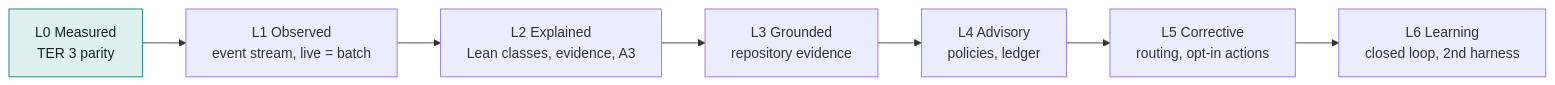
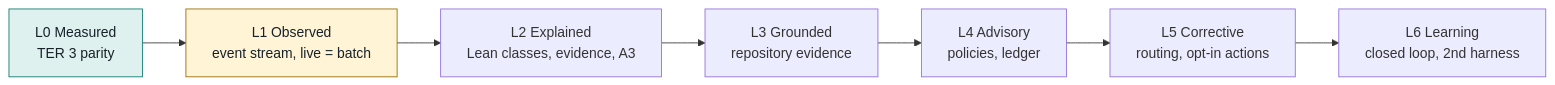
One commit to cplegendre/TER changed the third of 3 diagrams in docs/ter4/architecture.md. Above: the diagram before and after it, drawn with Mermaid. The commit also changed other lines of this file and 58 other files, not shown here.

````diff
--- a/docs/ter4/architecture.md
+++ b/docs/ter4/architecture.md
@@ -112,10 +117,11 @@
 ```mermaid
 flowchart LR
-    L0["L0 Measured<br/>TER 3 parity"]:::now --> L1["L1 Observed<br/>event stream, live = batch"]
+    L0["L0 Measured<br/>TER 3 parity"]:::done --> L1["L1 Observed<br/>event stream, live = batch"]:::now
     L1 --> L2["L2 Explained<br/>Lean classes, evidence, A3"]
     L2 --> L3["L3 Grounded<br/>repository evidence"]
     L3 --> L4["L4 Advisory<br/>policies, ledger"]
     L4 --> L5["L5 Corrective<br/>routing, opt-in actions"]
     L5 --> L6["L6 Learning<br/>closed loop, 2nd harness"]
-    classDef now fill:#dff1ee,stroke:#0d7a6f,color:#16212a
+    classDef done fill:#dff1ee,stroke:#0d7a6f,color:#16212a
+    classDef now fill:#fff4d6,stroke:#9a6b00,color:#16212a
 ```
````
